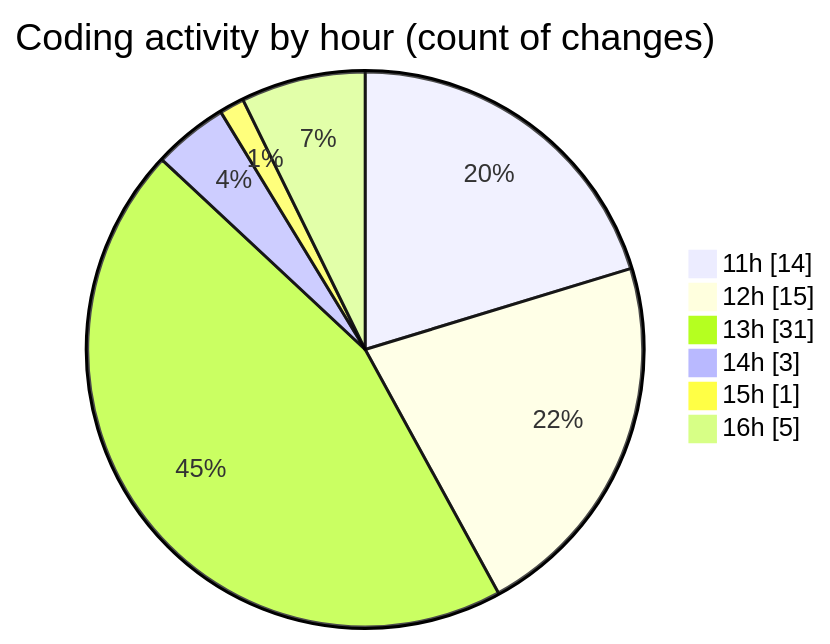
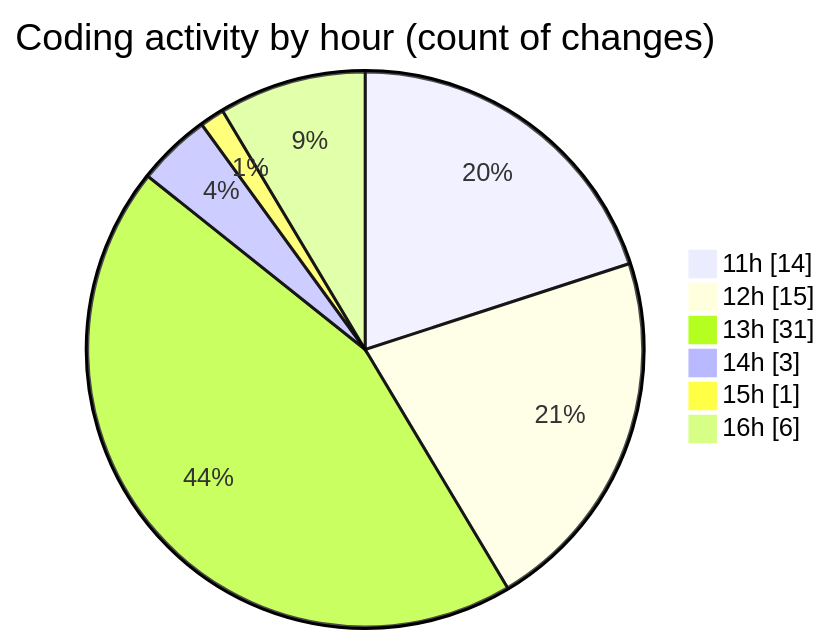
Before and after one commit to nxtqubesakshisongat/code-tracking: the second of 2 diagrams in 2025-07-09/argos/README.md, drawn with Mermaid. The commit also changed other lines of this file and 1 other file, not shown here.

````diff
--- a/2025-07-09/argos/README.md
+++ b/2025-07-09/argos/README.md
@@ -34,10 +34,10 @@
 ```mermaid
 pie showData
 title Coding activity by hour (count of changes)
 "11h" : 14
 "12h" : 15
 "13h" : 31
 "14h" : 3
 "15h" : 1
-"16h" : 5
+"16h" : 6
 ```
````
